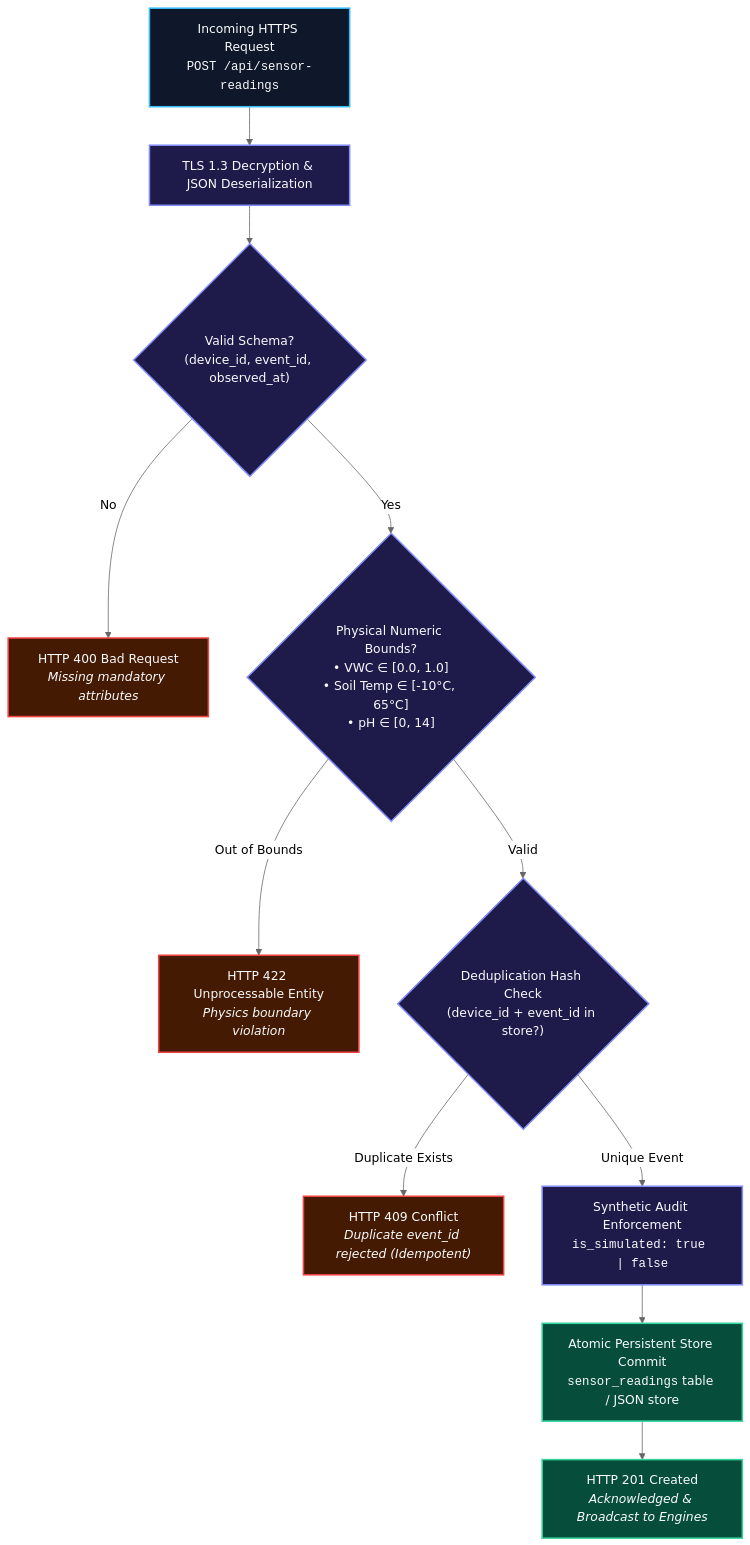
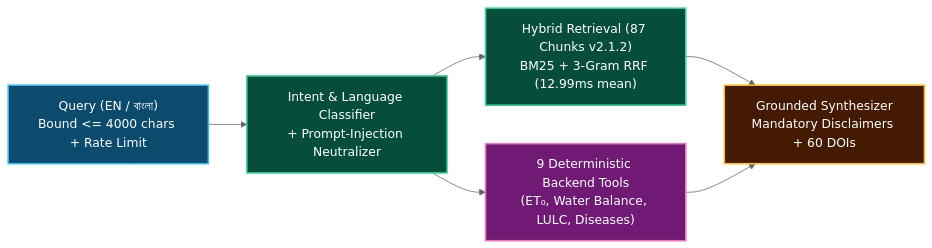
The fifth of 5 diagrams in README.md (ASHIK311/agrisense-fusion), drawn with Mermaid (neutral theme) before and after one commit. The commit also changed other lines of this file and 8 other files, not shown here.

````diff
--- a/README.md
+++ b/README.md
@@ -464,31 +325,13 @@
 ```mermaid
-flowchart TD
-  classDef startNode fill:#0f172a,stroke:#38bdf8,stroke-width:2px,color:#f8fafc;
-  classDef checkNode fill:#1e1b4b,stroke:#818cf8,stroke-width:2px,color:#f8fafc;
-  classDef rejectNode fill:#451a03,stroke:#ef4444,stroke-width:2px,color:#f8fafc;
-  classDef acceptNode fill:#064e3b,stroke:#34d399,stroke-width:2px,color:#f8fafc;
+flowchart LR
+  classDef q fill:#0c4a6e,stroke:#38bdf8,stroke-width:2px,color:#fff;
+  classDef ret fill:#064e3b,stroke:#34d399,stroke-width:2px,color:#fff;
+  classDef tool fill:#701a75,stroke:#f472b6,stroke-width:2px,color:#fff;
+  classDef resp fill:#451a03,stroke:#fbbf24,stroke-width:2px,color:#fff;
 
-  Packet["Incoming HTTPS Request<br/><code>POST /api/sensor-readings</code>"]:::startNode
-  TLS["TLS 1.3 Decryption & JSON Deserialization"]:::checkNode
-
-  SchemaCheck{"Valid Schema?<br/>(device_id, event_id, observed_at)"}:::checkNode
-  Err400["HTTP 400 Bad Request<br/><i>Missing mandatory attributes</i>"]:::rejectNode
-
-  RangeCheck{"Physical Numeric Bounds?<br/>• VWC ∈ [0.0, 1.0]<br/>• Soil Temp ∈ [-10°C, 65°C]<br/>• pH ∈ [0, 14]"}:::checkNode
-  Err422["HTTP 422 Unprocessable Entity<br/><i>Physics boundary violation</i>"]:::rejectNode
-
-  DupeCheck{"Deduplication Hash Check<br/>(device_id + event_id in store?)"}:::checkNode
-  Err409["HTTP 409 Conflict<br/><i>Duplicate event_id rejected (Idempotent)</i>"]:::rejectNode
-
-  AuditTag["Synthetic Audit Enforcement<br/><code>is_simulated: true | false</code>"]:::checkNode
-  CommitStore["Atomic Persistent Store Commit<br/><code>sensor_readings</code> table / JSON store"]:::acceptNode
-  Success201["HTTP 201 Created<br/><i>Acknowledged & Broadcast to Engines</i>"]:::acceptNode
-
-  Packet --> TLS --> SchemaCheck
-  SchemaCheck -- "No" --> Err400
-  SchemaCheck -- "Yes" --> RangeCheck
-  RangeCheck -- "Out of Bounds" --> Err422
-  RangeCheck -- "Valid" --> DupeCheck
-  DupeCheck -- "Duplicate Exists" --> Err409
-  DupeCheck -- "Unique Event" --> AuditTag --> CommitStore --> Success201
+  U["Query (EN / বাংলা)<br/>Bound <= 4000 chars + Rate Limit"]:::q --> PARSE["Intent & Language Classifier<br/>+ Prompt-Injection Neutralizer"]:::ret
+  PARSE --> HYBRID["Hybrid Retrieval (87 Chunks v2.1.2)<br/>BM25 + 3-Gram RRF (12.99ms mean)"]:::ret
+  PARSE --> TOOLS["9 Deterministic Backend Tools<br/>(ET₀, Water Balance, LULC, Diseases)"]:::tool
+  HYBRID --> SYNTH["Grounded Synthesizer<br/>Mandatory Disclaimers + 60 DOIs"]:::resp
+  TOOLS --> SYNTH
 ```
````
